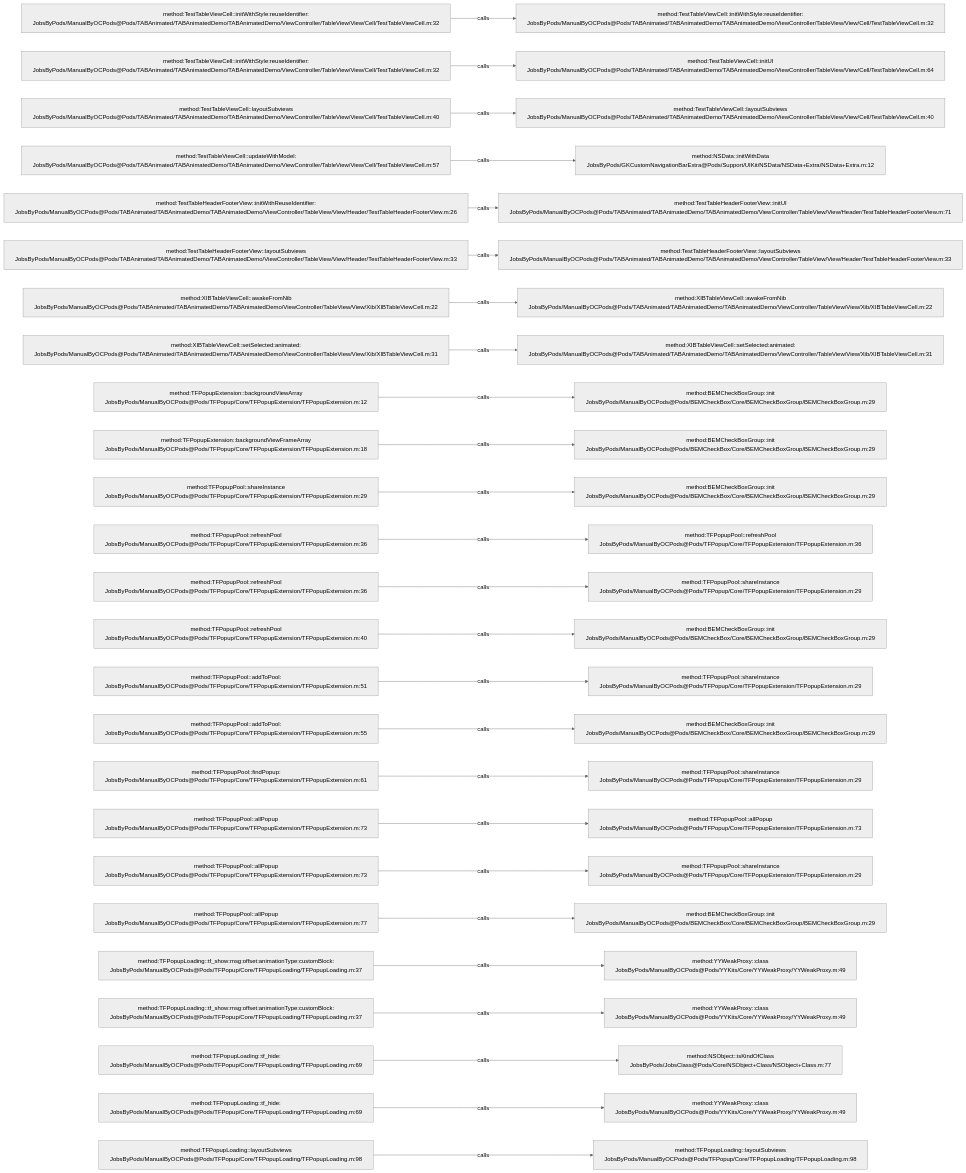
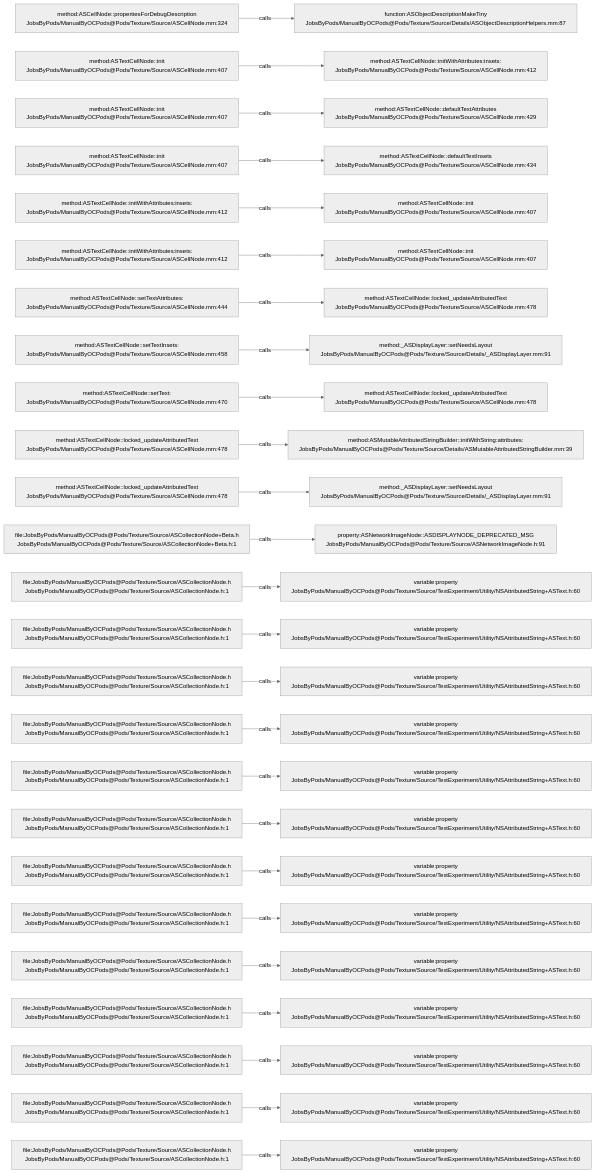
The diagram in .codegraph/codegraph.md/graphs/calls-076.md (JobsKits/JobsOCBaseConfigDemo), drawn with Mermaid (neutral theme) before and after one commit. The commit also changed 1223 other files, not shown here.

````diff
--- a/.codegraph/codegraph.md/graphs/calls-076.md
+++ b/.codegraph/codegraph.md/graphs/calls-076.md
@@ -13,78 +13,78 @@
 ```mermaid
 flowchart LR
-  S1["method:TestTableViewCell::initWithStyle:reuseIdentifier:<br/>JobsByPods/ManualByOCPods@Pods/TABAnimated/TABAnimatedDemo/TABAnimatedDemo/ViewController/TableView/View/Cell/TestTableViewCell.m:32"]
-  T1["method:TestTableViewCell::initWithStyle:reuseIdentifier:<br/>JobsByPods/ManualByOCPods@Pods/TABAnimated/TABAnimatedDemo/TABAnimatedDemo/ViewController/TableView/View/Cell/TestTableViewCell.m:32"]
+  S1["method:ASCellNode::propertiesForDebugDescription<br/>JobsByPods/ManualByOCPods@Pods/Texture/Source/ASCellNode.mm:324"]
+  T1["function:ASObjectDescriptionMakeTiny<br/>JobsByPods/ManualByOCPods@Pods/Texture/Source/Details/ASObjectDescriptionHelpers.mm:87"]
   S1 -->|calls| T1
-  S2["method:TestTableViewCell::initWithStyle:reuseIdentifier:<br/>JobsByPods/ManualByOCPods@Pods/TABAnimated/TABAnimatedDemo/TABAnimatedDemo/ViewController/TableView/View/Cell/TestTableViewCell.m:32"]
-  T2["method:TestTableViewCell::initUI<br/>JobsByPods/ManualByOCPods@Pods/TABAnimated/TABAnimatedDemo/TABAnimatedDemo/ViewController/TableView/View/Cell/TestTableViewCell.m:64"]
+  S2["method:ASTextCellNode::init<br/>JobsByPods/ManualByOCPods@Pods/Texture/Source/ASCellNode.mm:407"]
+  T2["method:ASTextCellNode::initWithAttributes:insets:<br/>JobsByPods/ManualByOCPods@Pods/Texture/Source/ASCellNode.mm:412"]
   S2 -->|calls| T2
-  S3["method:TestTableViewCell::layoutSubviews<br/>JobsByPods/ManualByOCPods@Pods/TABAnimated/TABAnimatedDemo/TABAnimatedDemo/ViewController/TableView/View/Cell/TestTableViewCell.m:40"]
-  T3["method:TestTableViewCell::layoutSubviews<br/>JobsByPods/ManualByOCPods@Pods/TABAnimated/TABAnimatedDemo/TABAnimatedDemo/ViewController/TableView/View/Cell/TestTableViewCell.m:40"]
+  S3["method:ASTextCellNode::init<br/>JobsByPods/ManualByOCPods@Pods/Texture/Source/ASCellNode.mm:407"]
+  T3["method:ASTextCellNode::defaultTextAttributes<br/>JobsByPods/ManualByOCPods@Pods/Texture/Source/ASCellNode.mm:429"]
   S3 -->|calls| T3
-  S4["method:TestTableViewCell::updateWithModel:<br/>JobsByPods/ManualByOCPods@Pods/TABAnimated/TABAnimatedDemo/TABAnimatedDemo/ViewController/TableView/View/Cell/TestTableViewCell.m:57"]
-  T4["method:NSData::initWithData<br/>JobsByPods/GKCustomNavigationBarExtra@Pods/Support/UIKit/NSData/NSData+Extra/NSData+Extra.m:12"]
+  S4["method:ASTextCellNode::init<br/>JobsByPods/ManualByOCPods@Pods/Texture/Source/ASCellNode.mm:407"]
+  T4["method:ASTextCellNode::defaultTextInsets<br/>JobsByPods/ManualByOCPods@Pods/Texture/Source/ASCellNode.mm:434"]
   S4 -->|calls| T4
-  S5["method:TestTableHeaderFooterView::initWithReuseIdentifier:<br/>JobsByPods/ManualByOCPods@Pods/TABAnimated/TABAnimatedDemo/TABAnimatedDemo/ViewController/TableView/View/Header/TestTableHeaderFooterView.m:26"]
-  T5["method:TestTableHeaderFooterView::initUI<br/>JobsByPods/ManualByOCPods@Pods/TABAnimated/TABAnimatedDemo/TABAnimatedDemo/ViewController/TableView/View/Header/TestTableHeaderFooterView.m:71"]
+  S5["method:ASTextCellNode::initWithAttributes:insets:<br/>JobsByPods/ManualByOCPods@Pods/Texture/Source/ASCellNode.mm:412"]
+  T5["method:ASTextCellNode::init<br/>JobsByPods/ManualByOCPods@Pods/Texture/Source/ASCellNode.mm:407"]
   S5 -->|calls| T5
-  S6["method:TestTableHeaderFooterView::layoutSubviews<br/>JobsByPods/ManualByOCPods@Pods/TABAnimated/TABAnimatedDemo/TABAnimatedDemo/ViewController/TableView/View/Header/TestTableHeaderFooterView.m:33"]
-  T6["method:TestTableHeaderFooterView::layoutSubviews<br/>JobsByPods/ManualByOCPods@Pods/TABAnimated/TABAnimatedDemo/TABAnimatedDemo/ViewController/TableView/View/Header/TestTableHeaderFooterView.m:33"]
+  S6["method:ASTextCellNode::initWithAttributes:insets:<br/>JobsByPods/ManualByOCPods@Pods/Texture/Source/ASCellNode.mm:412"]
+  T6["method:ASTextCellNode::init<br/>JobsByPods/ManualByOCPods@Pods/Texture/Source/ASCellNode.mm:407"]
   S6 -->|calls| T6
-  S7["method:XIBTableViewCell::awakeFromNib<br/>JobsByPods/ManualByOCPods@Pods/TABAnimated/TABAnimatedDemo/TABAnimatedDemo/ViewController/TableView/View/Xib/XIBTableViewCell.m:22"]
-  T7["method:XIBTableViewCell::awakeFromNib<br/>JobsByPods/ManualByOCPods@Pods/TABAnimated/TABAnimatedDemo/TABAnimatedDemo/ViewController/TableView/View/Xib/XIBTableViewCell.m:22"]
+  S7["method:ASTextCellNode::setTextAttributes:<br/>JobsByPods/ManualByOCPods@Pods/Texture/Source/ASCellNode.mm:444"]
+  T7["method:ASTextCellNode::locked_updateAttributedText<br/>JobsByPods/ManualByOCPods@Pods/Texture/Source/ASCellNode.mm:478"]
   S7 -->|calls| T7
-  S8["method:XIBTableViewCell::setSelected:animated:<br/>JobsByPods/ManualByOCPods@Pods/TABAnimated/TABAnimatedDemo/TABAnimatedDemo/ViewController/TableView/View/Xib/XIBTableViewCell.m:31"]
-  T8["method:XIBTableViewCell::setSelected:animated:<br/>JobsByPods/ManualByOCPods@Pods/TABAnimated/TABAnimatedDemo/TABAnimatedDemo/ViewController/TableView/View/Xib/XIBTableViewCell.m:31"]
+  S8["method:ASTextCellNode::setTextInsets:<br/>JobsByPods/ManualByOCPods@Pods/Texture/Source/ASCellNode.mm:458"]
+  T8["method:_ASDisplayLayer::setNeedsLayout<br/>JobsByPods/ManualByOCPods@Pods/Texture/Source/Details/_ASDisplayLayer.mm:91"]
   S8 -->|calls| T8
-  S9["method:TFPopupExtension::backgroundViewArray<br/>JobsByPods/ManualByOCPods@Pods/TFPopup/Core/TFPopupExtension/TFPopupExtension.m:12"]
-  T9["method:BEMCheckBoxGroup::init<br/>JobsByPods/ManualByOCPods@Pods/BEMCheckBox/Core/BEMCheckBoxGroup/BEMCheckBoxGroup.m:29"]
+  S9["method:ASTextCellNode::setText:<br/>JobsByPods/ManualByOCPods@Pods/Texture/Source/ASCellNode.mm:470"]
+  T9["method:ASTextCellNode::locked_updateAttributedText<br/>JobsByPods/ManualByOCPods@Pods/Texture/Source/ASCellNode.mm:478"]
   S9 -->|calls| T9
-  S10["method:TFPopupExtension::backgroundViewFrameArray<br/>JobsByPods/ManualByOCPods@Pods/TFPopup/Core/TFPopupExtension/TFPopupExtension.m:18"]
-  T10["method:BEMCheckBoxGroup::init<br/>JobsByPods/ManualByOCPods@Pods/BEMCheckBox/Core/BEMCheckBoxGroup/BEMCheckBoxGroup.m:29"]
+  S10["method:ASTextCellNode::locked_updateAttributedText<br/>JobsByPods/ManualByOCPods@Pods/Texture/Source/ASCellNode.mm:478"]
+  T10["method:ASMutableAttributedStringBuilder::initWithString:attributes:<br/>JobsByPods/ManualByOCPods@Pods/Texture/Source/Details/ASMutableAttributedStringBuilder.mm:39"]
   S10 -->|calls| T10
-  S11["method:TFPopupPool::shareInstance<br/>JobsByPods/ManualByOCPods@Pods/TFPopup/Core/TFPopupExtension/TFPopupExtension.m:29"]
-  T11["method:BEMCheckBoxGroup::init<br/>JobsByPods/ManualByOCPods@Pods/BEMCheckBox/Core/BEMCheckBoxGroup/BEMCheckBoxGroup.m:29"]
+  S11["method:ASTextCellNode::locked_updateAttributedText<br/>JobsByPods/ManualByOCPods@Pods/Texture/Source/ASCellNode.mm:478"]
+  T11["method:_ASDisplayLayer::setNeedsLayout<br/>JobsByPods/ManualByOCPods@Pods/Texture/Source/Details/_ASDisplayLayer.mm:91"]
   S11 -->|calls| T11
-  S12["method:TFPopupPool::refreshPool<br/>JobsByPods/ManualByOCPods@Pods/TFPopup/Core/TFPopupExtension/TFPopupExtension.m:36"]
-  T12["method:TFPopupPool::refreshPool<br/>JobsByPods/ManualByOCPods@Pods/TFPopup/Core/TFPopupExtension/TFPopupExtension.m:36"]
+  S12["file:JobsByPods/ManualByOCPods@Pods/Texture/Source/ASCollectionNode+Beta.h<br/>JobsByPods/ManualByOCPods@Pods/Texture/Source/ASCollectionNode+Beta.h:1"]
+  T12["property:ASNetworkImageNode::ASDISPLAYNODE_DEPRECATED_MSG<br/>JobsByPods/ManualByOCPods@Pods/Texture/Source/ASNetworkImageNode.h:91"]
   S12 -->|calls| T12
-  S13["method:TFPopupPool::refreshPool<br/>JobsByPods/ManualByOCPods@Pods/TFPopup/Core/TFPopupExtension/TFPopupExtension.m:36"]
-  T13["method:TFPopupPool::shareInstance<br/>JobsByPods/ManualByOCPods@Pods/TFPopup/Core/TFPopupExtension/TFPopupExtension.m:29"]
+  S13["file:JobsByPods/ManualByOCPods@Pods/Texture/Source/ASCollectionNode.h<br/>JobsByPods/ManualByOCPods@Pods/Texture/Source/ASCollectionNode.h:1"]
+  T13["variable:property<br/>JobsByPods/ManualByOCPods@Pods/Texture/Source/TextExperiment/Utility/NSAttributedString+ASText.h:60"]
   S13 -->|calls| T13
-  S14["method:TFPopupPool::refreshPool<br/>JobsByPods/ManualByOCPods@Pods/TFPopup/Core/TFPopupExtension/TFPopupExtension.m:40"]
-  T14["method:BEMCheckBoxGroup::init<br/>JobsByPods/ManualByOCPods@Pods/BEMCheckBox/Core/BEMCheckBoxGroup/BEMCheckBoxGroup.m:29"]
+  S14["file:JobsByPods/ManualByOCPods@Pods/Texture/Source/ASCollectionNode.h<br/>JobsByPods/ManualByOCPods@Pods/Texture/Source/ASCollectionNode.h:1"]
+  T14["variable:property<br/>JobsByPods/ManualByOCPods@Pods/Texture/Source/TextExperiment/Utility/NSAttributedString+ASText.h:60"]
   S14 -->|calls| T14
-  S15["method:TFPopupPool::addToPool:<br/>JobsByPods/ManualByOCPods@Pods/TFPopup/Core/TFPopupExtension/TFPopupExtension.m:51"]
-  T15["method:TFPopupPool::shareInstance<br/>JobsByPods/ManualByOCPods@Pods/TFPopup/Core/TFPopupExtension/TFPopupExtension.m:29"]
+  S15["file:JobsByPods/ManualByOCPods@Pods/Texture/Source/ASCollectionNode.h<br/>JobsByPods/ManualByOCPods@Pods/Texture/Source/ASCollectionNode.h:1"]
+  T15["variable:property<br/>JobsByPods/ManualByOCPods@Pods/Texture/Source/TextExperiment/Utility/NSAttributedString+ASText.h:60"]
   S15 -->|calls| T15
-  S16["method:TFPopupPool::addToPool:<br/>JobsByPods/ManualByOCPods@Pods/TFPopup/Core/TFPopupExtension/TFPopupExtension.m:55"]
-  T16["method:BEMCheckBoxGroup::init<br/>JobsByPods/ManualByOCPods@Pods/BEMCheckBox/Core/BEMCheckBoxGroup/BEMCheckBoxGroup.m:29"]
+  S16["file:JobsByPods/ManualByOCPods@Pods/Texture/Source/ASCollectionNode.h<br/>JobsByPods/ManualByOCPods@Pods/Texture/Source/ASCollectionNode.h:1"]
+  T16["variable:property<br/>JobsByPods/ManualByOCPods@Pods/Texture/Source/TextExperiment/Utility/NSAttributedString+ASText.h:60"]
   S16 -->|calls| T16
-  S17["method:TFPopupPool::findPopup:<br/>JobsByPods/ManualByOCPods@Pods/TFPopup/Core/TFPopupExtension/TFPopupExtension.m:61"]
-  T17["method:TFPopupPool::shareInstance<br/>JobsByPods/ManualByOCPods@Pods/TFPopup/Core/TFPopupExtension/TFPopupExtension.m:29"]
+  S17["file:JobsByPods/ManualByOCPods@Pods/Texture/Source/ASCollectionNode.h<br/>JobsByPods/ManualByOCPods@Pods/Texture/Source/ASCollectionNode.h:1"]
+  T17["variable:property<br/>JobsByPods/ManualByOCPods@Pods/Texture/Source/TextExperiment/Utility/NSAttributedString+ASText.h:60"]
   S17 -->|calls| T17
-  S18["method:TFPopupPool::allPopup<br/>JobsByPods/ManualByOCPods@Pods/TFPopup/Core/TFPopupExtension/TFPopupExtension.m:73"]
-  T18["method:TFPopupPool::allPopup<br/>JobsByPods/ManualByOCPods@Pods/TFPopup/Core/TFPopupExtension/TFPopupExtension.m:73"]
+  S18["file:JobsByPods/ManualByOCPods@Pods/Texture/Source/ASCollectionNode.h<br/>JobsByPods/ManualByOCPods@Pods/Texture/Source/ASCollectionNode.h:1"]
+  T18["variable:property<br/>JobsByPods/ManualByOCPods@Pods/Texture/Source/TextExperiment/Utility/NSAttributedString+ASText.h:60"]
   S18 -->|calls| T18
-  S19["method:TFPopupPool::allPopup<br/>JobsByPods/ManualByOCPods@Pods/TFPopup/Core/TFPopupExtension/TFPopupExtension.m:73"]
-  T19["method:TFPopupPool::shareInstance<br/>JobsByPods/ManualByOCPods@Pods/TFPopup/Core/TFPopupExtension/TFPopupExtension.m:29"]
+  S19["file:JobsByPods/ManualByOCPods@Pods/Texture/Source/ASCollectionNode.h<br/>JobsByPods/ManualByOCPods@Pods/Texture/Source/ASCollectionNode.h:1"]
+  T19["variable:property<br/>JobsByPods/ManualByOCPods@Pods/Texture/Source/TextExperiment/Utility/NSAttributedString+ASText.h:60"]
   S19 -->|calls| T19
-  S20["method:TFPopupPool::allPopup<br/>JobsByPods/ManualByOCPods@Pods/TFPopup/Core/TFPopupExtension/TFPopupExtension.m:77"]
-  T20["method:BEMCheckBoxGroup::init<br/>JobsByPods/ManualByOCPods@Pods/BEMCheckBox/Core/BEMCheckBoxGroup/BEMCheckBoxGroup.m:29"]
+  S20["file:JobsByPods/ManualByOCPods@Pods/Texture/Source/ASCollectionNode.h<br/>JobsByPods/ManualByOCPods@Pods/Texture/Source/ASCollectionNode.h:1"]
+  T20["variable:property<br/>JobsByPods/ManualByOCPods@Pods/Texture/Source/TextExperiment/Utility/NSAttributedString+ASText.h:60"]
   S20 -->|calls| T20
-  S21["method:TFPopupLoading::tf_show:msg:offset:animationType:customBlock:<br/>JobsByPods/ManualByOCPods@Pods/TFPopup/Core/TFPopupLoading/TFPopupLoading.m:37"]
-  T21["method:YYWeakProxy::class<br/>JobsByPods/ManualByOCPods@Pods/YYKits/Core/YYWeakProxy/YYWeakProxy.m:49"]
+  S21["file:JobsByPods/ManualByOCPods@Pods/Texture/Source/ASCollectionNode.h<br/>JobsByPods/ManualByOCPods@Pods/Texture/Source/ASCollectionNode.h:1"]
+  T21["variable:property<br/>JobsByPods/ManualByOCPods@Pods/Texture/Source/TextExperiment/Utility/NSAttributedString+ASText.h:60"]
   S21 -->|calls| T21
-  S22["method:TFPopupLoading::tf_show:msg:offset:animationType:customBlock:<br/>JobsByPods/ManualByOCPods@Pods/TFPopup/Core/TFPopupLoading/TFPopupLoading.m:37"]
-  T22["method:YYWeakProxy::class<br/>JobsByPods/ManualByOCPods@Pods/YYKits/Core/YYWeakProxy/YYWeakProxy.m:49"]
+  S22["file:JobsByPods/ManualByOCPods@Pods/Texture/Source/ASCollectionNode.h<br/>JobsByPods/ManualByOCPods@Pods/Texture/Source/ASCollectionNode.h:1"]
+  T22["variable:property<br/>JobsByPods/ManualByOCPods@Pods/Texture/Source/TextExperiment/Utility/NSAttributedString+ASText.h:60"]
   S22 -->|calls| T22
-  S23["method:TFPopupLoading::tf_hide:<br/>JobsByPods/ManualByOCPods@Pods/TFPopup/Core/TFPopupLoading/TFPopupLoading.m:69"]
-  T23["method:NSObject::isKindOfClass<br/>JobsByPods/JobsClass@Pods/Core/NSObject+Class/NSObject+Class.m:77"]
+  S23["file:JobsByPods/ManualByOCPods@Pods/Texture/Source/ASCollectionNode.h<br/>JobsByPods/ManualByOCPods@Pods/Texture/Source/ASCollectionNode.h:1"]
+  T23["variable:property<br/>JobsByPods/ManualByOCPods@Pods/Texture/Source/TextExperiment/Utility/NSAttributedString+ASText.h:60"]
   S23 -->|calls| T23
-  S24["method:TFPopupLoading::tf_hide:<br/>JobsByPods/ManualByOCPods@Pods/TFPopup/Core/TFPopupLoading/TFPopupLoading.m:69"]
-  T24["method:YYWeakProxy::class<br/>JobsByPods/ManualByOCPods@Pods/YYKits/Core/YYWeakProxy/YYWeakProxy.m:49"]
+  S24["file:JobsByPods/ManualByOCPods@Pods/Texture/Source/ASCollectionNode.h<br/>JobsByPods/ManualByOCPods@Pods/Texture/Source/ASCollectionNode.h:1"]
+  T24["variable:property<br/>JobsByPods/ManualByOCPods@Pods/Texture/Source/TextExperiment/Utility/NSAttributedString+ASText.h:60"]
   S24 -->|calls| T24
-  S25["method:TFPopupLoading::layoutSubviews<br/>JobsByPods/ManualByOCPods@Pods/TFPopup/Core/TFPopupLoading/TFPopupLoading.m:98"]
-  T25["method:TFPopupLoading::layoutSubviews<br/>JobsByPods/ManualByOCPods@Pods/TFPopup/Core/TFPopupLoading/TFPopupLoading.m:98"]
+  S25["file:JobsByPods/ManualByOCPods@Pods/Texture/Source/ASCollectionNode.h<br/>JobsByPods/ManualByOCPods@Pods/Texture/Source/ASCollectionNode.h:1"]
+  T25["variable:property<br/>JobsByPods/ManualByOCPods@Pods/Texture/Source/TextExperiment/Utility/NSAttributedString+ASText.h:60"]
   S25 -->|calls| T25
 ```
````
